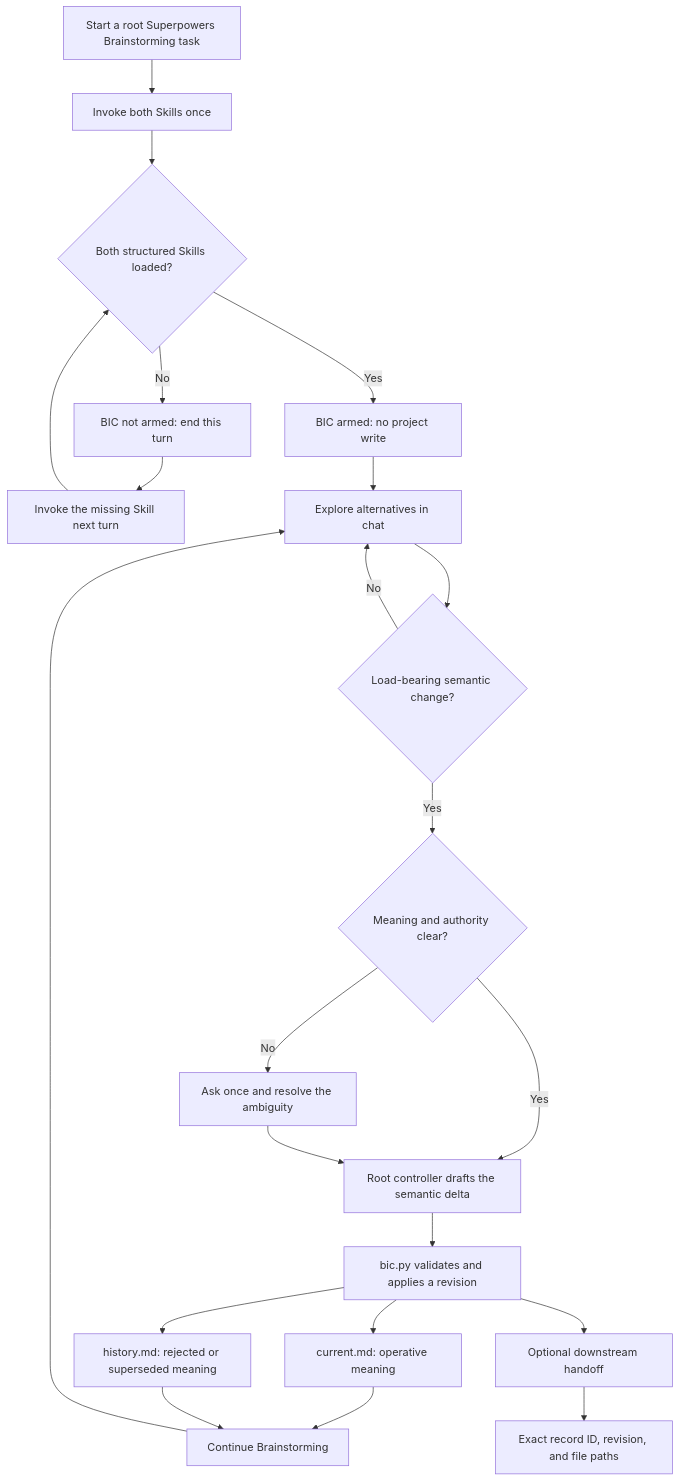
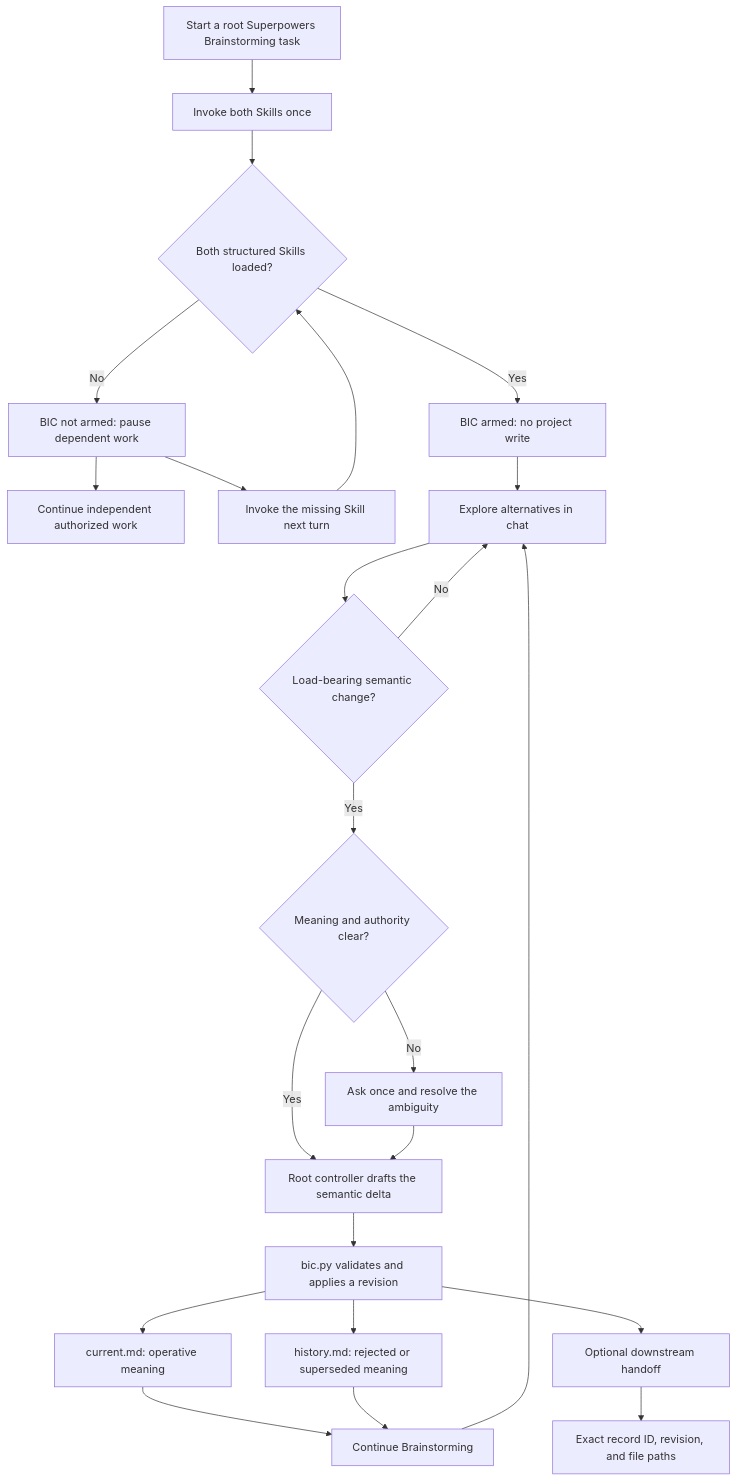
One commit to GentleJinqi/Brainstorming-Intent-Continuity changed the first of 3 diagrams in README.md. Above: the diagram before and after it, drawn with Mermaid. The commit also changed other lines of this file and 8 other files, not shown here.

````diff
--- a/README.md
+++ b/README.md
@@ -176,24 +179,25 @@
 ```mermaid
 flowchart TD
     A["Start a root Superpowers Brainstorming task"] --> B["Invoke both Skills once"]
     B --> C{"Both structured Skills loaded?"}
-    C -->|"No"| C0["BIC not armed: end this turn"]
+    C -->|"No"| C0["BIC not armed: pause dependent work"]
+    C0 --> C2["Continue independent authorized work"]
     C0 --> C1["Invoke the missing Skill next turn"]
     C1 --> C
     C -->|"Yes"| D["BIC armed: no project write"]
     D --> E0["Explore alternatives in chat"]
     E0 --> E{"Load-bearing semantic change?"}
     E -->|"No"| E0
     E -->|"Yes"| F{"Meaning and authority clear?"}
     F -->|"No"| G["Ask once and resolve the ambiguity"]
     F -->|"Yes"| H["Root controller drafts the semantic delta"]
     G --> H
     H --> I["bic.py validates and applies a revision"]
     I --> J["current.md: operative meaning"]
     I --> K["history.md: rejected or superseded meaning"]
     J --> L["Continue Brainstorming"]
     K --> L
     L --> E0
     I --> M["Optional downstream handoff"]
     M --> N["Exact record ID, revision, and file paths"]
 ```
````
